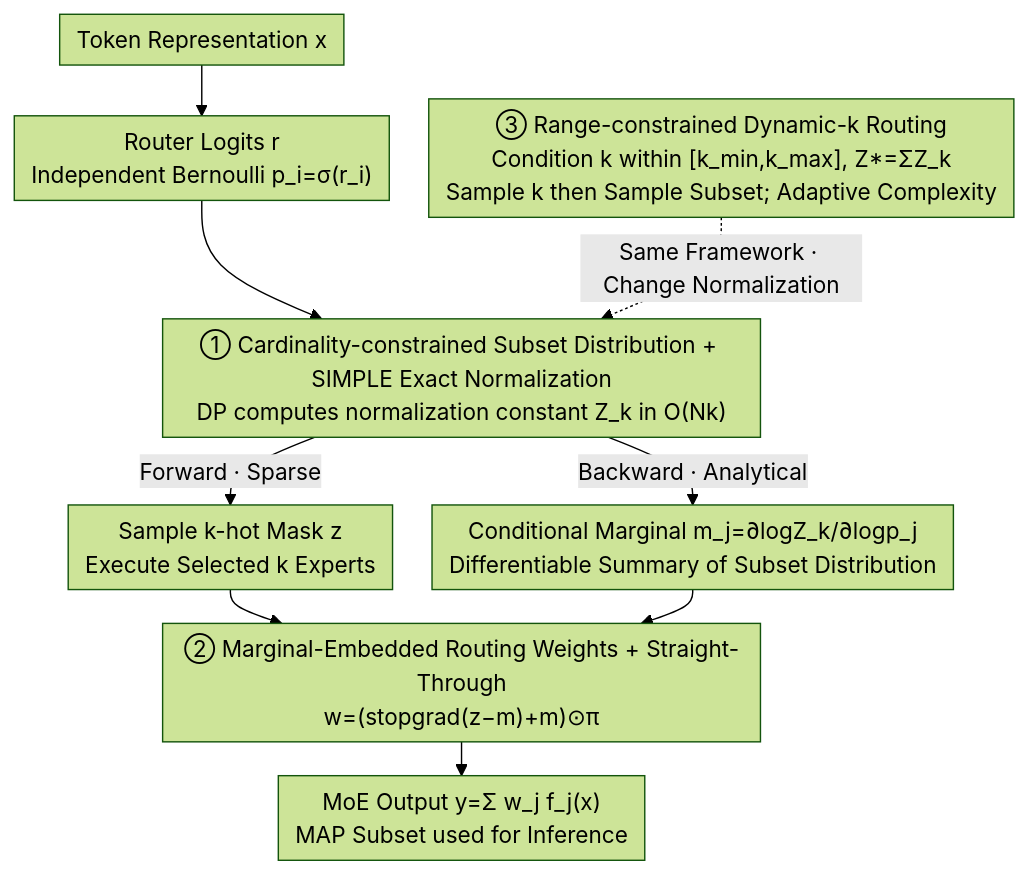
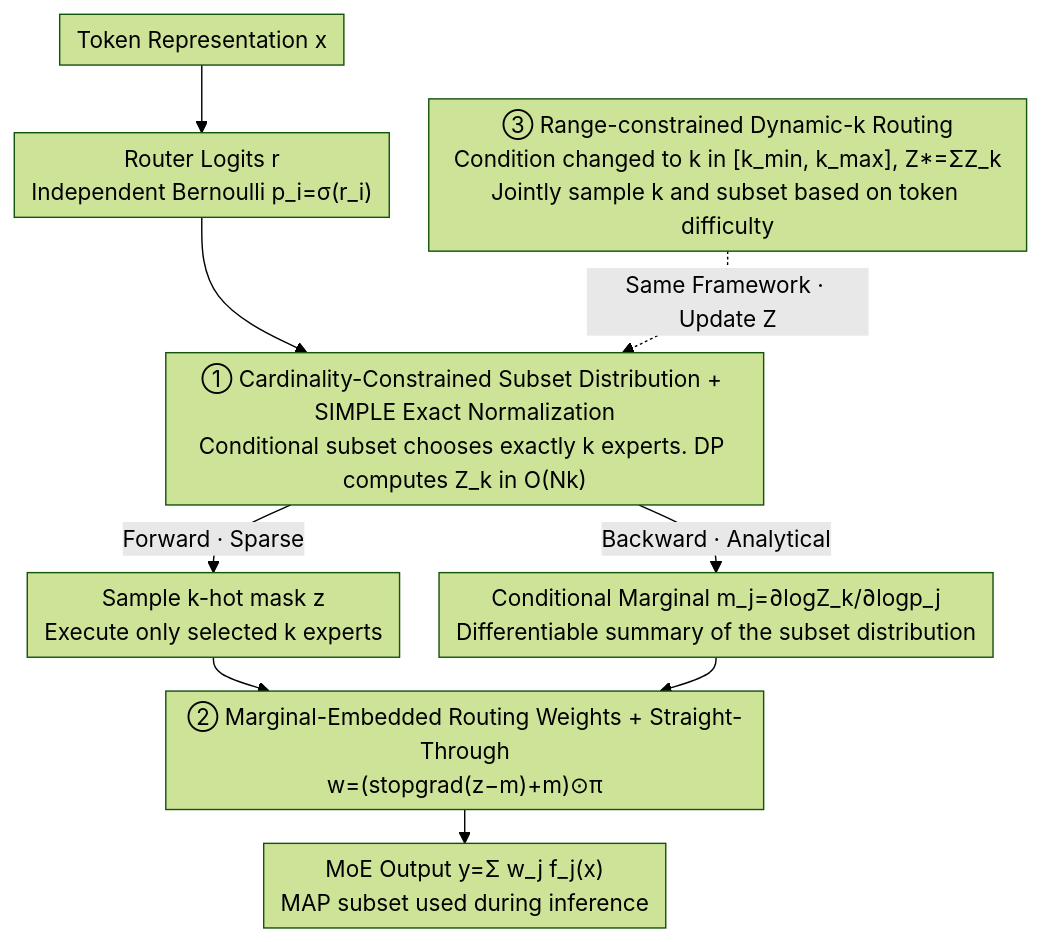
One commit to zhaoyang97/Paper-Notes-en changed the diagram in docs/ICML2026/llm_efficiency/probmoe_differentiable_probabilistic_routing_for_mixture-of-experts.md. Above: the diagram before and after it, drawn with Mermaid (forest theme). The commit also changed other lines of this file and 5084 other files, not shown here.

````diff
--- a/docs/ICML2026/llm_efficiency/probmoe_differentiable_probabilistic_routing_for_mixture-of-experts.md
+++ b/docs/ICML2026/llm_efficiency/probmoe_differentiable_probabilistic_routing_for_mixture-of-experts.md
@@ -42,12 +42,12 @@
 ```mermaid
 %%{init: {'flowchart': {'rankSpacing': 24, 'nodeSpacing': 28, 'padding': 6, 'wrappingWidth': 400}}}%%
 flowchart TD
     X["Token Representation x"] --> R["Router Logits r<br/>Independent Bernoulli p_i=σ(r_i)"]
-    R --> D1["① Cardinality-constrained Subset Distribution + SIMPLE Exact Normalization<br/>DP computes normalization constant Z_k in O(Nk)"]
-    D1 -->|Forward · Sparse| FW["Sample k-hot Mask z<br/>Execute Selected k Experts"]
-    D1 -->|Backward · Analytical| MG["Conditional Marginal m_j=∂logZ_k/∂logp_j<br/>Differentiable Summary of Subset Distribution"]
+    R --> D1["① Cardinality-Constrained Subset Distribution + SIMPLE Exact Normalization<br/>Conditional subset chooses exactly k experts. DP computes Z_k in O(Nk)"]
+    D1 -->|Forward · Sparse| FW["Sample k-hot mask z<br/>Execute only selected k experts"]
+    D1 -->|Backward · Analytical| MG["Conditional Marginal m_j=∂logZ_k/∂logp_j<br/>Differentiable summary of the subset distribution"]
     FW --> D2["② Marginal-Embedded Routing Weights + Straight-Through<br/>w=(stopgrad(z−m)+m)⊙π"]
     MG --> D2
-    D2 --> Y["MoE Output y=Σ w_j f_j(x)<br/>MAP Subset used for Inference"]
-    D3["③ Range-constrained Dynamic-k Routing<br/>Condition k within [k_min,k_max], Z*=ΣZ_k<br/>Sample k then Sample Subset; Adaptive Complexity"] -.->|Same Framework · Change Normalization| D1
+    D2 --> Y["MoE Output y=Σ w_j f_j(x)<br/>MAP subset used during inference"]
+    D3["③ Range-constrained Dynamic-k Routing<br/>Condition changed to k in [k_min, k_max], Z*=ΣZ_k<br/>Jointly sample k and subset based on token difficulty"] -.->|Same Framework · Update Z| D1
 ```
````
